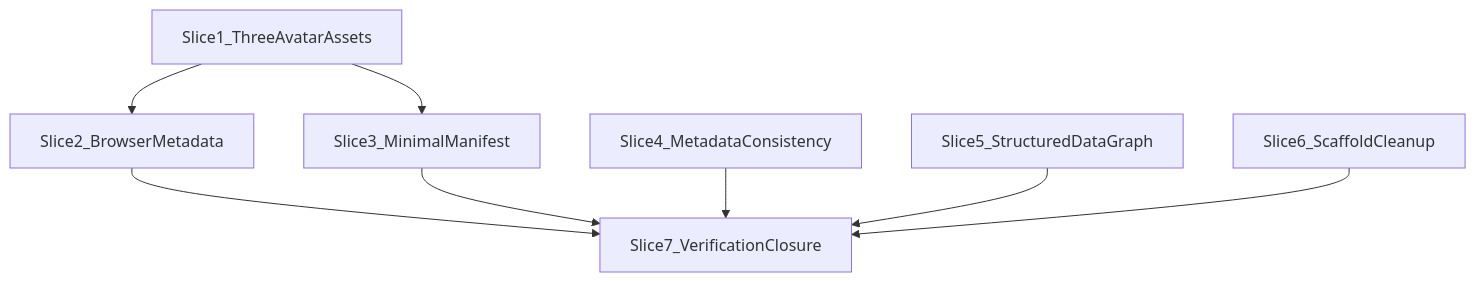
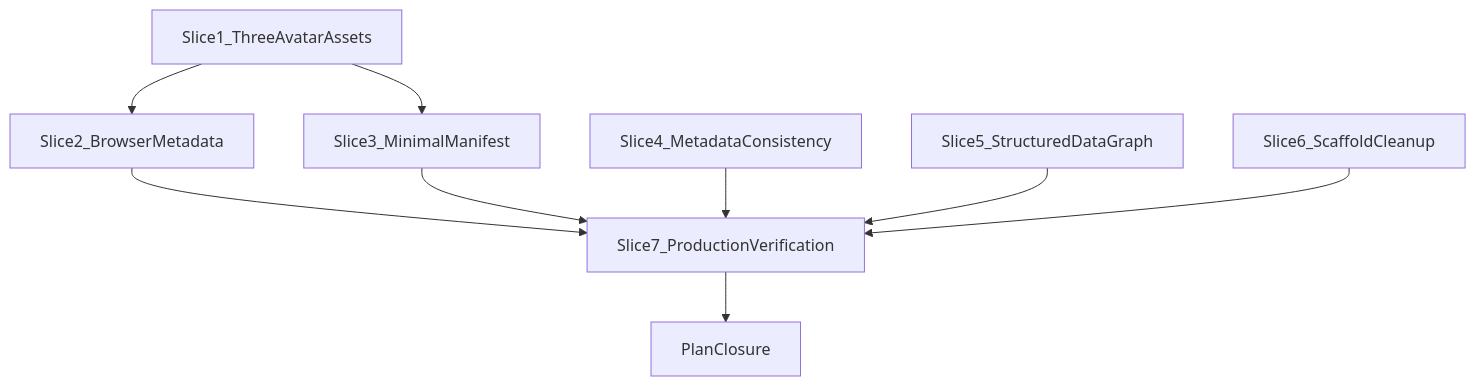
Before and after one commit to mastermichaelt/portfolio: the diagram in .cursor/plans/web-identity-metadata.plan.md, drawn with Mermaid. The commit also changed other lines of this file, not shown here.

First line of the commit message:
Plan favicon source at 32×32 and fix slice 7 scope.

````diff
--- a/.cursor/plans/web-identity-metadata.plan.md
+++ b/.cursor/plans/web-identity-metadata.plan.md
@@ -121,18 +117,20 @@
 ```mermaid
 flowchart TD
   s1[Slice1_ThreeAvatarAssets]
   s2[Slice2_BrowserMetadata]
   s3[Slice3_MinimalManifest]
   s4[Slice4_MetadataConsistency]
   s5[Slice5_StructuredDataGraph]
   s6[Slice6_ScaffoldCleanup]
-  s7[Slice7_VerificationClosure]
+  s7[Slice7_ProductionVerification]
+  pc[PlanClosure]
 
   s1 --> s2
   s1 --> s3
   s2 --> s7
   s3 --> s7
   s4 --> s7
   s5 --> s7
   s6 --> s7
+  s7 --> pc
 ```
````
